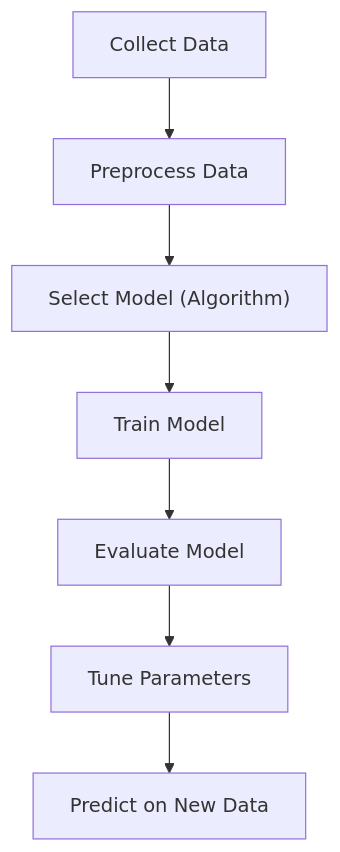
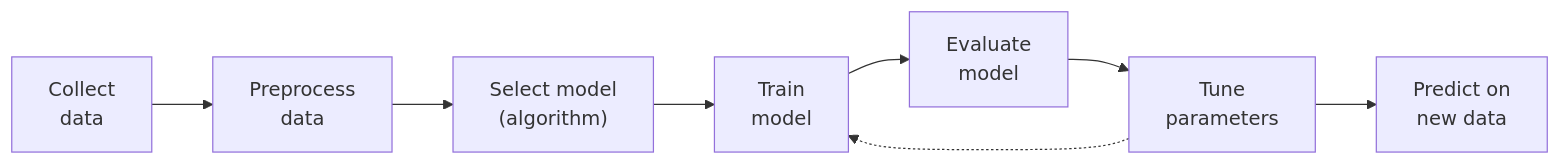
One commit to SureshAmal/learnmaker changed diagram 27 of 27 in ml-course/unit-1.md. Above: the diagram before and after it, drawn with Mermaid. The commit also changed other lines of this file and 668 other files, not shown here.

````diff
--- a/ml-course/unit-1.md
+++ b/ml-course/unit-1.md
@@ -695,9 +1586,10 @@
 ```mermaid
-flowchart TD
-    A["Collect Data"] --> B["Preprocess Data"]
-    B --> C["Select Model (Algorithm)"]
-    C --> D["Train Model"]
-    D --> E["Evaluate Model"]
-    E --> F["Tune Parameters"]
-    F --> G["Predict on New Data"]
+flowchart LR
+    A["Collect<br/>data"] --> B["Preprocess<br/>data"]
+    B --> C["Select model<br/>(algorithm)"]
+    C --> D["Train<br/>model"]
+    D --> E["Evaluate<br/>model"]
+    E --> F["Tune<br/>parameters"]
+    F --> G["Predict on<br/>new data"]
+    F -.-> D
 ```
````
